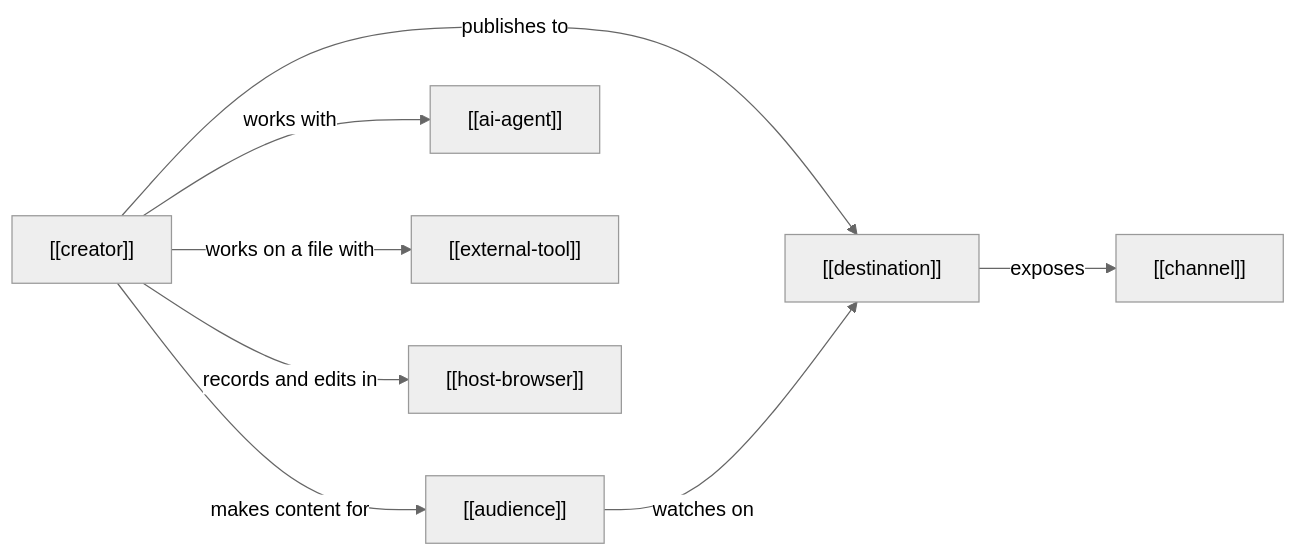
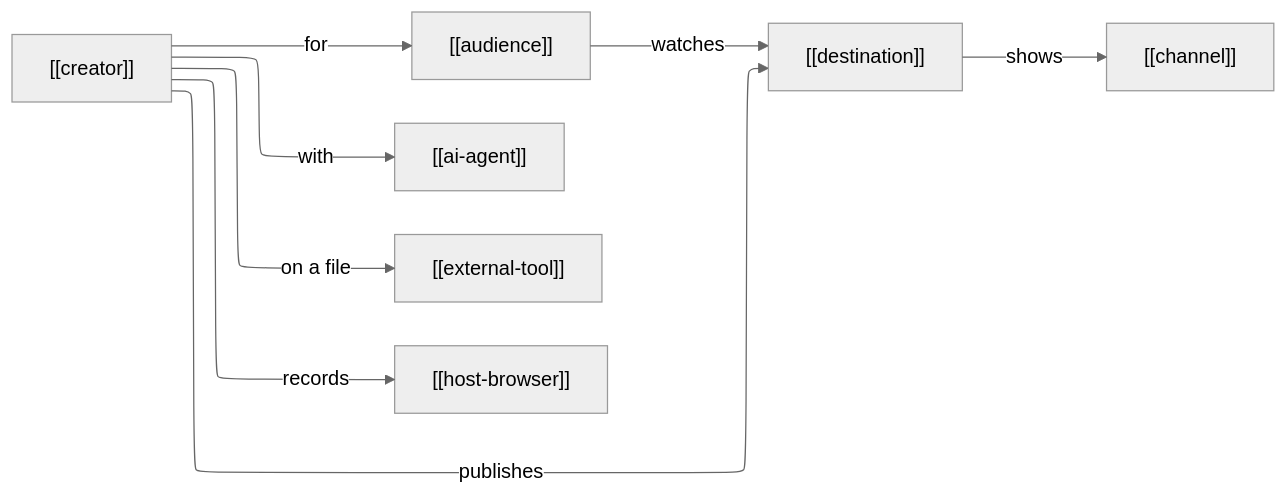
One commit to acs/democlip changed the first of 2 diagrams in docs/ontology/problem-domain.md. Above: the diagram before and after it, drawn with Mermaid (neutral theme). The commit also changed other lines of this file and 3 other files, not shown here.

First line of the commit message:
docs: lay the ontology diagrams out with ELK, and keep them square

````diff
--- a/docs/ontology/problem-domain.md
+++ b/docs/ontology/problem-domain.md
@@ -12,10 +12,11 @@
 ```mermaid
+%%{init: {"layout": "elk"}}%%
 flowchart LR
-    creator["[[creator]]"] -->|makes content for| audience["[[audience]]"]
-    creator -->|works with| agent["[[ai-agent]]"]
-    creator -->|works on a file with| tool["[[external-tool]]"]
-    creator -->|publishes to| dest["[[destination]]"]
-    audience -->|watches on| dest
-    dest -->|exposes| channel["[[channel]]"]
-    creator -->|records and edits in| browser["[[host-browser]]"]
+    creator["[[creator]]"] -->|for| audience["[[audience]]"]
+    creator -->|with| agent["[[ai-agent]]"]
+    creator -->|on a file| tool["[[external-tool]]"]
+    creator -->|publishes| dest["[[destination]]"]
+    audience -->|watches| dest
+    dest -->|shows| channel["[[channel]]"]
+    creator -->|records| browser["[[host-browser]]"]
 ```
````
